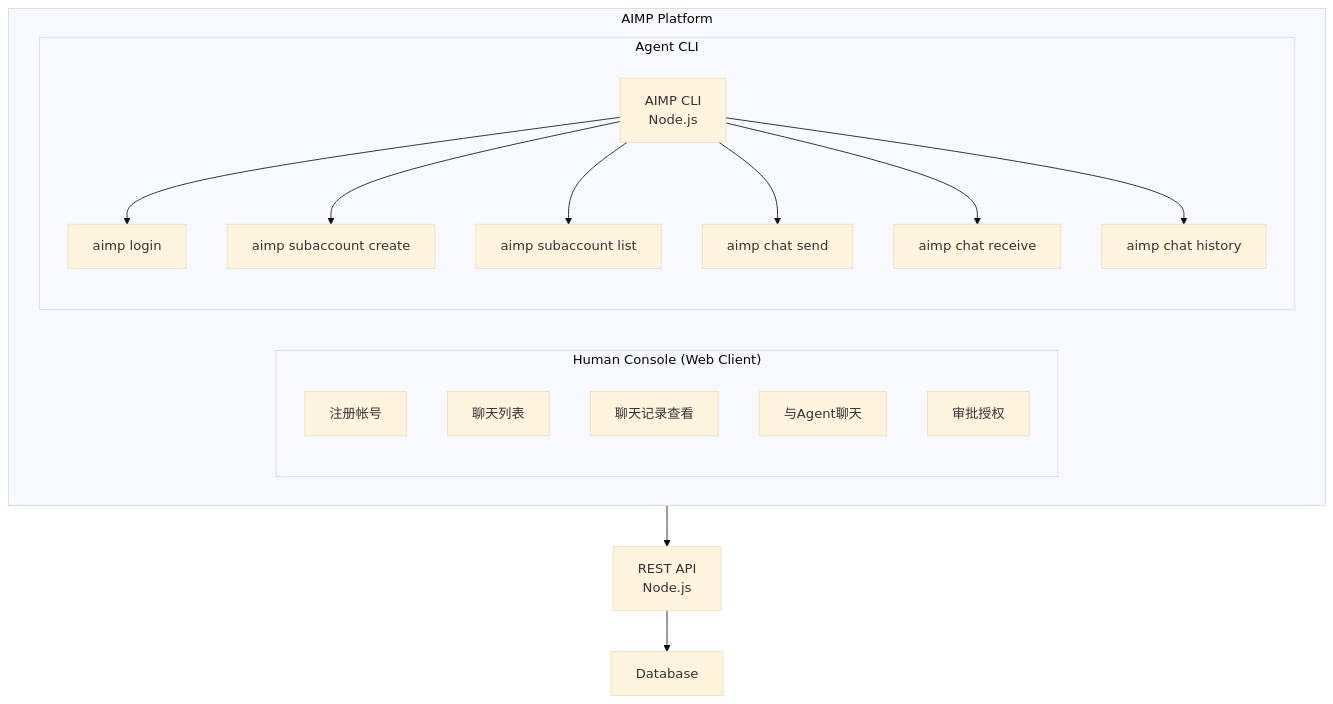
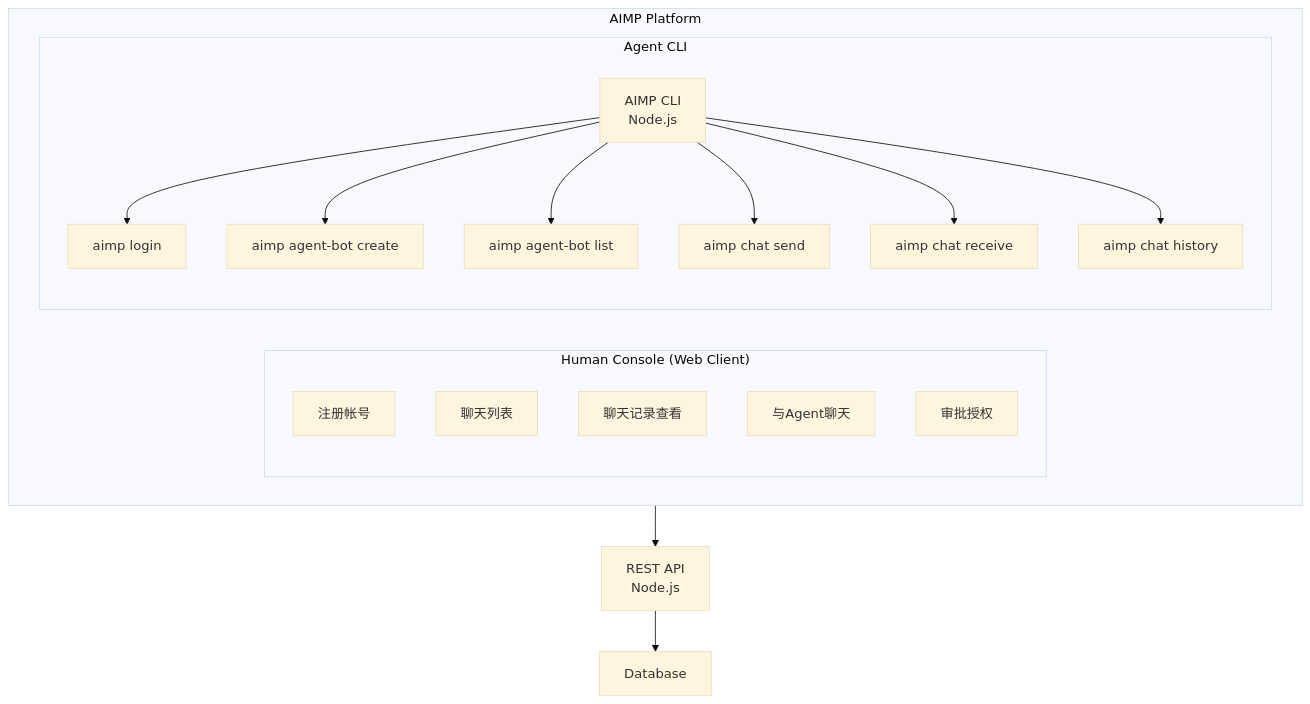
One commit to Deliay/AIMP changed the first of 2 diagrams in docs/product/inbox/00-AIMP-PRD.md. Above: the diagram before and after it, drawn with Mermaid. The commit also changed other lines of this file and 3 other files, not shown here.

Commit message:
refactor(contract): rename subaccount concept to agent_bot

````diff
--- a/docs/product/inbox/00-AIMP-PRD.md
+++ b/docs/product/inbox/00-AIMP-PRD.md
@@ -26,26 +26,26 @@
 ```mermaid
 %%{init: {"theme": "base"}}%%
 flowchart TB
     subgraph Platform["AIMP Platform"]
         subgraph Human["Human Console (Web Client)"]
             H1[注册帐号]
             H2[聊天列表]
             H3[聊天记录查看]
             H4[与Agent聊天]
             H5[审批授权]
         end
 
         subgraph Agent["Agent CLI"]
             CLI[AIMP CLI<br/>Node.js]
             CLI --> CLI1[aimp login]
-            CLI --> CLI2[aimp subaccount create]
-            CLI --> CLI3[aimp subaccount list]
+            CLI --> CLI2[aimp agent-bot create]
+            CLI --> CLI3[aimp agent-bot list]
             CLI --> CLI4[aimp chat send]
             CLI --> CLI5[aimp chat receive]
             CLI --> CLI6[aimp chat history]
         end
     end
 
     Platform --> REST[REST API<br/>Node.js]
     REST --> DB[Database]
 ```
````
